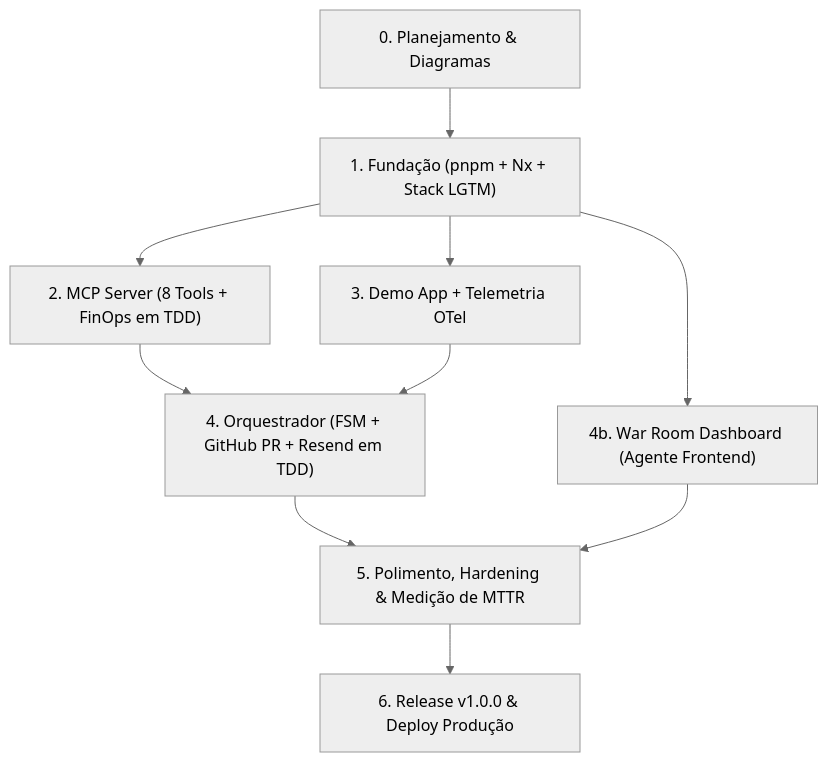
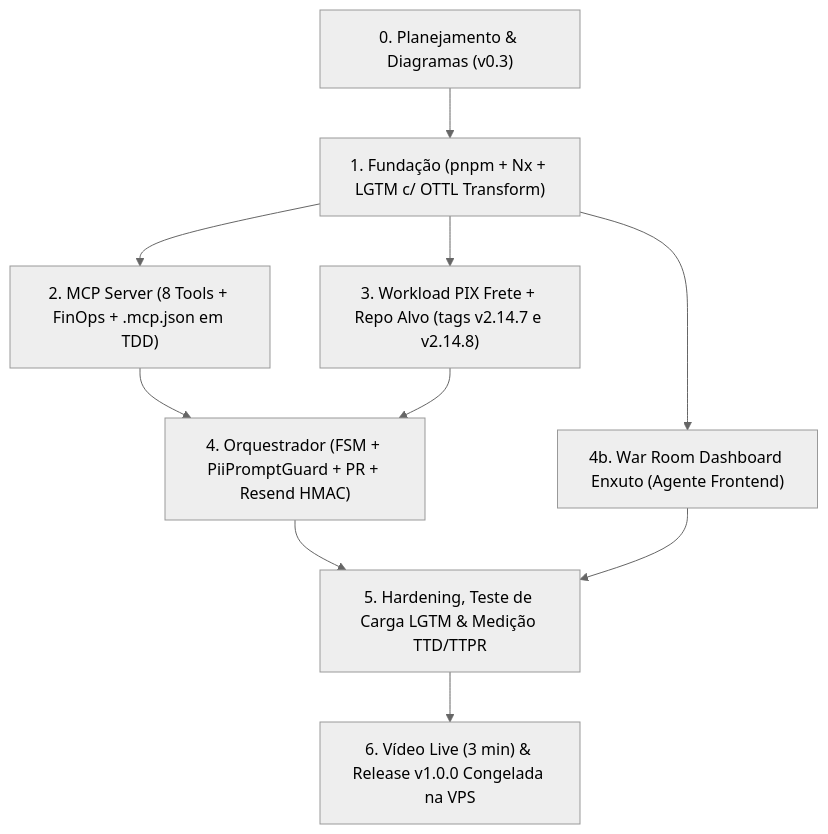
One commit to AdmilsonGoncalves/zeromttr changed the fourth of 4 diagrams in docs/pt-BR/00_architecture_master.md. Above: the diagram before and after it, drawn with Mermaid (neutral theme). The commit also changed other lines of this file and 10 other files, not shown here.

Commit message:
docs: refine architecture v0.3 for Logistics PIX track, HMAC email isolation, OTTL PII masking, and dedicated target repo

````diff
--- a/docs/pt-BR/00_architecture_master.md
+++ b/docs/pt-BR/00_architecture_master.md
@@ -293,10 +325,10 @@
 ```mermaid
 flowchart TD
-    F0["0. Planejamento & Diagramas"] --> F1["1. Fundação (pnpm + Nx + Stack LGTM)"]
-    F1 --> F2["2. MCP Server (8 Tools + FinOps em TDD)"]
-    F1 --> F3["3. Demo App + Telemetria OTel"]
-    F1 --> F4B["4b. War Room Dashboard (Agente Frontend)"]
-    F2 & F3 --> F4["4. Orquestrador (FSM + GitHub PR + Resend em TDD)"]
-    F4 & F4B --> F5["5. Polimento, Hardening & Medição de MTTR"]
-    F5 --> F6["6. Release v1.0.0 & Deploy Produção"]
+    F0["0. Planejamento & Diagramas (v0.3)"] --> F1["1. Fundação (pnpm + Nx + LGTM c/ OTTL Transform)"]
+    F1 --> F2["2. MCP Server (8 Tools + FinOps + .mcp.json em TDD)"]
+    F1 --> F3["3. Workload PIX Frete + Repo Alvo (tags v2.14.7 e v2.14.8)"]
+    F1 --> F4B["4b. War Room Dashboard Enxuto (Agente Frontend)"]
+    F2 & F3 --> F4["4. Orquestrador (FSM + PiiPromptGuard + PR + Resend HMAC)"]
+    F4 & F4B --> F5["5. Hardening, Teste de Carga LGTM & Medição TTD/TTPR"]
+    F5 --> F6["6. Vídeo Live (3 min) & Release v1.0.0 Congelada na VPS"]
 ```
````
